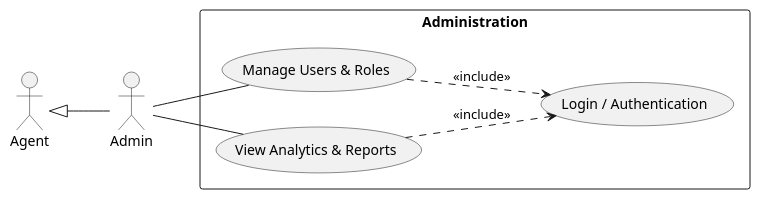
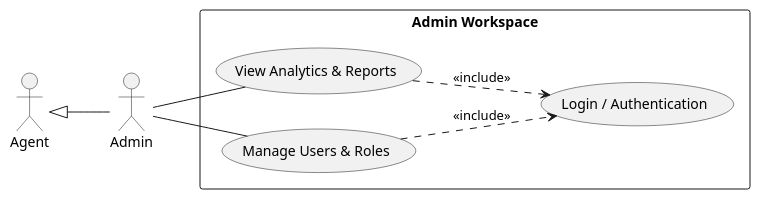
One commit to AZIZ-Soufiane/PropertyHub-PFE changed the diagram in UseCase/DevidedGlobalUseCase/global_UseCse_Admin.puml. Above: the diagram before and after it, drawn with PlantUML. The commit also changed 6 other files, not shown here.

```diff
--- a/UseCase/DevidedGlobalUseCase/global_UseCse_Admin.puml
+++ b/UseCase/DevidedGlobalUseCase/global_UseCse_Admin.puml
@@ -1,23 +1,23 @@
 @startuml
 left to right direction
-skinparam shadowing false
+skinparam packageStyle rectangle
 
 actor "Agent" as Agent
 actor "Admin" as Admin
 
-Agent <|-- Admin
+Admin -up-|> Agent
 
-rectangle "Administration" {
+rectangle "Admin Workspace" {
 
     usecase "Login / Authentication" as Login
+    usecase "View Analytics & Reports" as Analytics
     usecase "Manage Users & Roles" as ManageUsers
-    usecase "View Analytics & Reports" as Analytics
-
-    ManageUsers ..> Login : <<include>>
-    Analytics ..> Login : <<include>>
 }
 
+Analytics ..> Login : <<include>>
+ManageUsers ..> Login : <<include>>
+
+Admin -- Analytics
 Admin -- ManageUsers
-Admin -- Analytics
 
 @enduml
```
